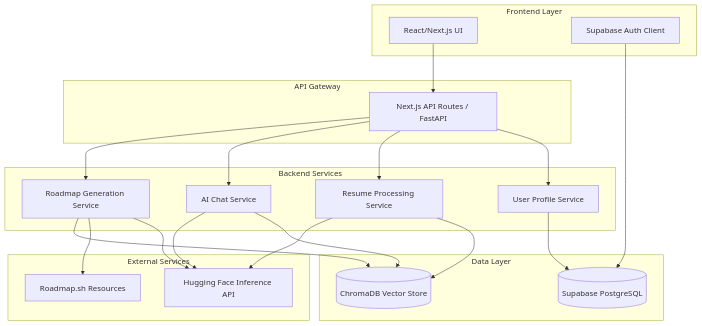
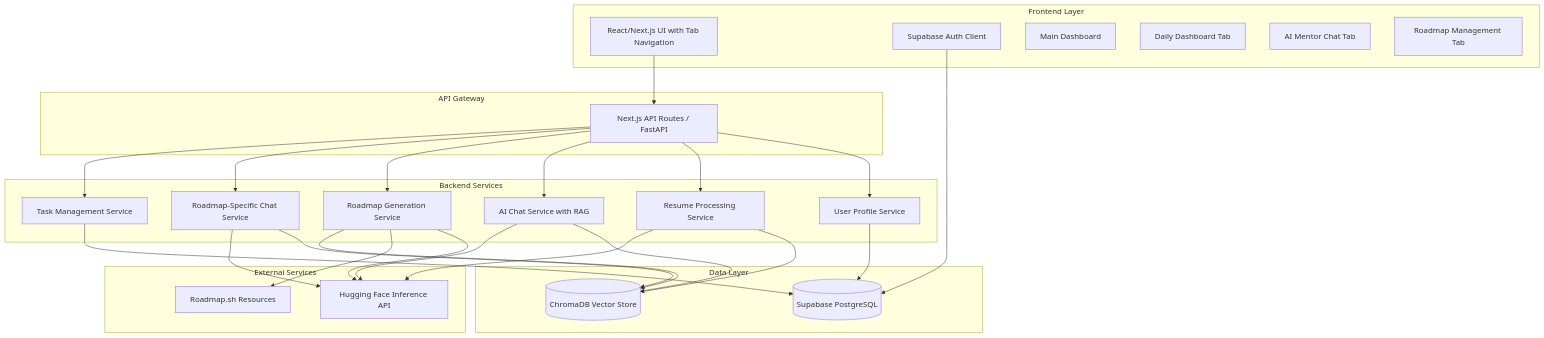
Before and after one commit to Samarth-Hiremath1/Trajectory.ai: the diagram in .kiro/specs/goaltrajectory-ai/design.md, drawn with Mermaid. The commit also changed other lines of this file and 30 other files, not shown here.

Commit message:
MAJOR UPDATE: Enhanced user flow and UI, updated AI chat service for RAG

````diff
--- a/.kiro/specs/goaltrajectory-ai/design.md
+++ b/.kiro/specs/goaltrajectory-ai/design.md
@@ -11,44 +11,55 @@
 ```mermaid
 graph TB
     subgraph "Frontend Layer"
-        UI[React/Next.js UI]
+        UI[React/Next.js UI with Tab Navigation]
         Auth[Supabase Auth Client]
+        MainDash[Main Dashboard]
+        DailyDash[Daily Dashboard Tab]
+        AIMentor[AI Mentor Chat Tab]
+        RoadmapUI[Roadmap Management Tab]
     end
     
     subgraph "API Gateway"
         Gateway[Next.js API Routes / FastAPI]
     end
     
     subgraph "Backend Services"
         UserService[User Profile Service]
         ResumeService[Resume Processing Service]
-        ChatService[AI Chat Service]
+        ChatService[AI Chat Service with RAG]
         RoadmapService[Roadmap Generation Service]
+        RoadmapChatService[Roadmap-Specific Chat Service]
+        TaskService[Task Management Service]
     end
     
     subgraph "Data Layer"
         Supabase[(Supabase PostgreSQL)]
         ChromaDB[(ChromaDB Vector Store)]
     end
     
     subgraph "External Services"
         HF[Hugging Face Inference API]
         Roadmap[Roadmap.sh Resources]
     end
     
     UI --> Gateway
     Auth --> Supabase
     Gateway --> UserService
     Gateway --> ResumeService
     Gateway --> ChatService
     Gateway --> RoadmapService
+    Gateway --> RoadmapChatService
+    Gateway --> TaskService
     
     UserService --> Supabase
     ResumeService --> ChromaDB
     ResumeService --> HF
     ChatService --> ChromaDB
     ChatService --> HF
     RoadmapService --> HF
     RoadmapService --> Roadmap
     RoadmapService --> ChromaDB
+    RoadmapChatService --> ChromaDB
+    RoadmapChatService --> HF
+    TaskService --> Supabase
 ```
````
